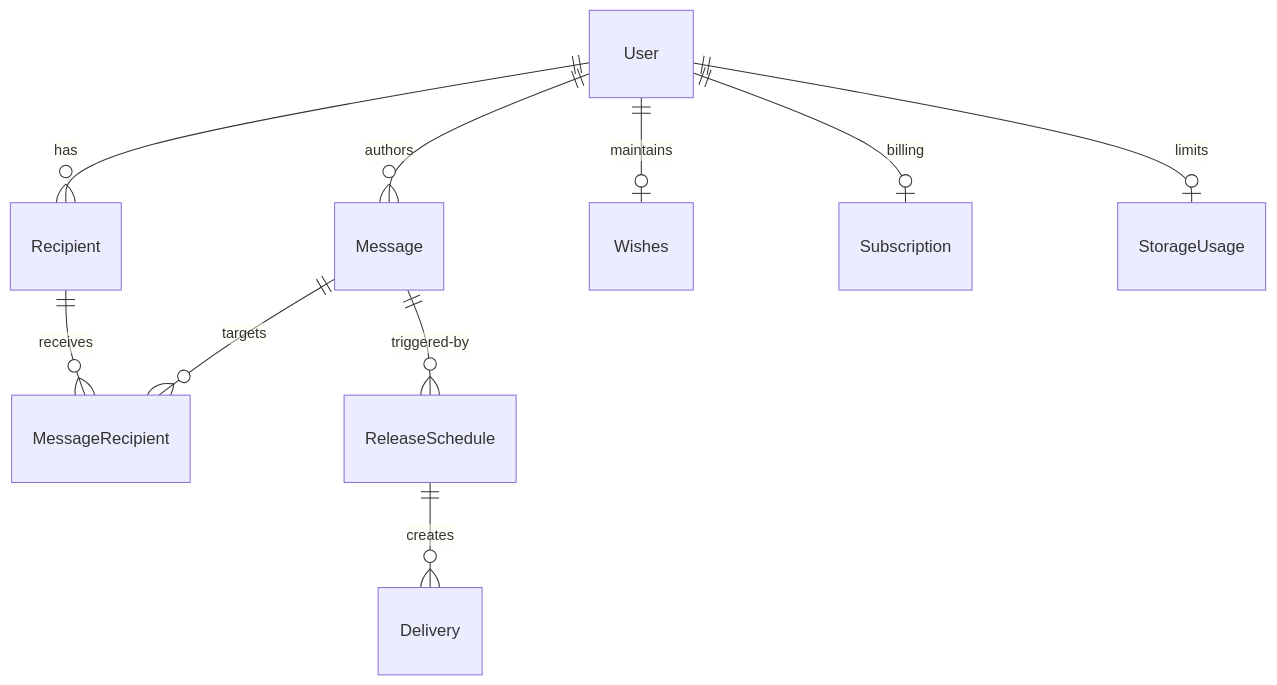
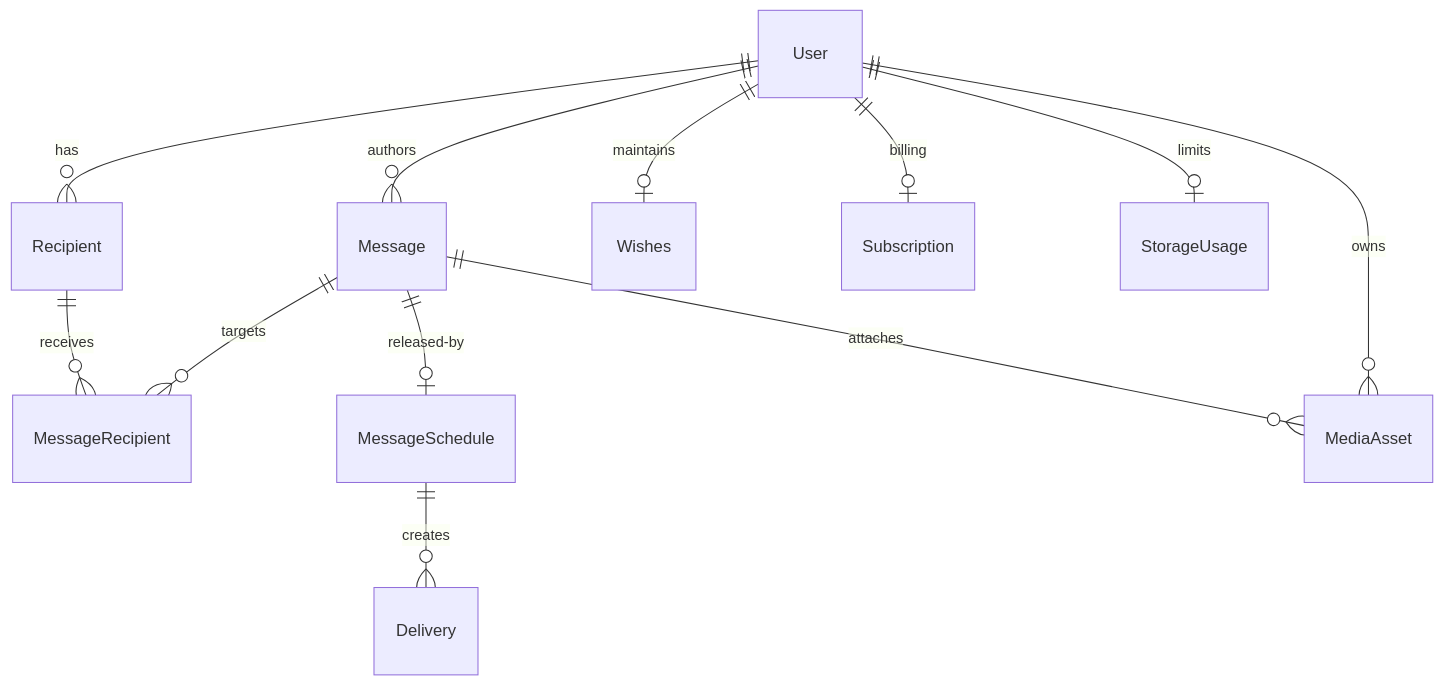
One commit to team-digitalmarketersperth/FOR-AFTER-DIGITAL-VAULT changed the diagram in docs/database.md. Above: the diagram before and after it, drawn with Mermaid. The commit also changed other lines of this file, not shown here.

Commit message:
Refactor database models to enhance media asset handling and recipient management

````diff
--- a/docs/database.md
+++ b/docs/database.md
@@ -312,12 +372,14 @@
 ```mermaid
 erDiagram
     User ||--o{ Recipient : has
     User ||--o{ Message : authors
     User ||--o| Wishes : maintains
     User ||--o| Subscription : billing
     User ||--o| StorageUsage : limits
     Message ||--o{ MessageRecipient : targets
     Recipient ||--o{ MessageRecipient : receives
-    Message ||--o{ ReleaseSchedule : triggered-by
-    ReleaseSchedule ||--o{ Delivery : creates
+    Message ||--o| MessageSchedule : released-by
+    MessageSchedule ||--o{ Delivery : creates
+    Message ||--o{ MediaAsset : attaches
+    User ||--o{ MediaAsset : owns
 ```
````
